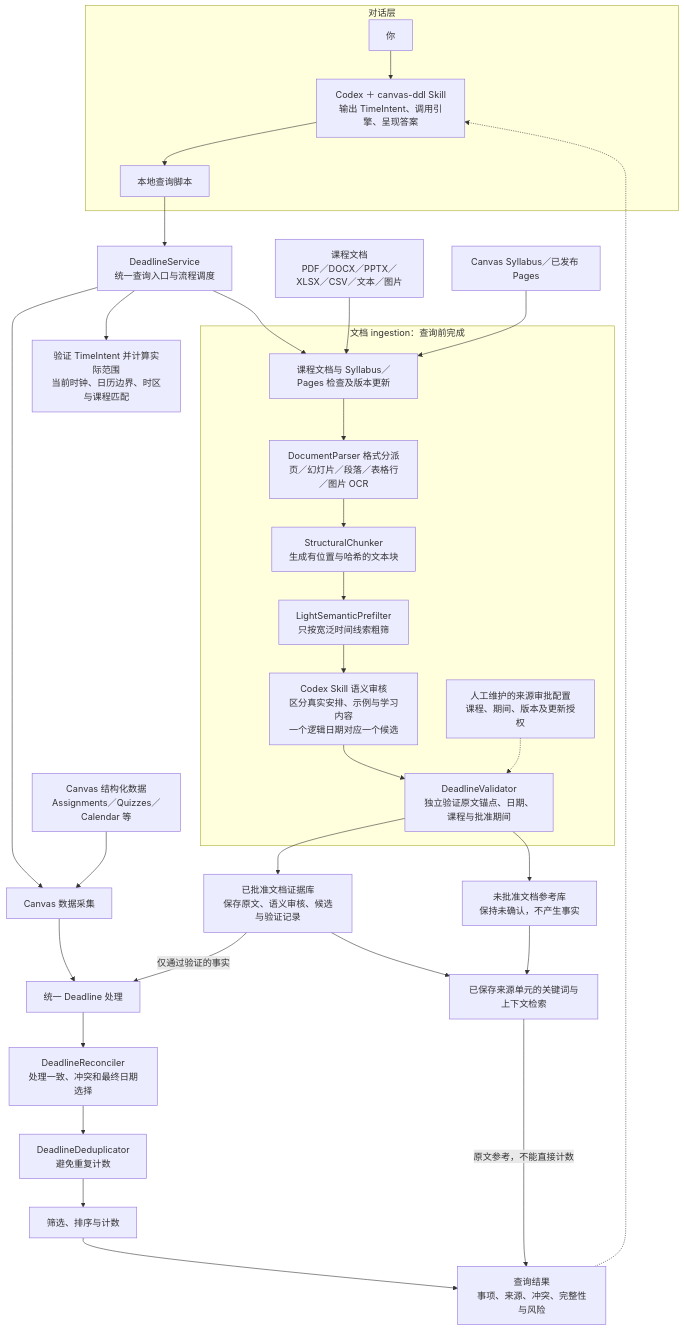
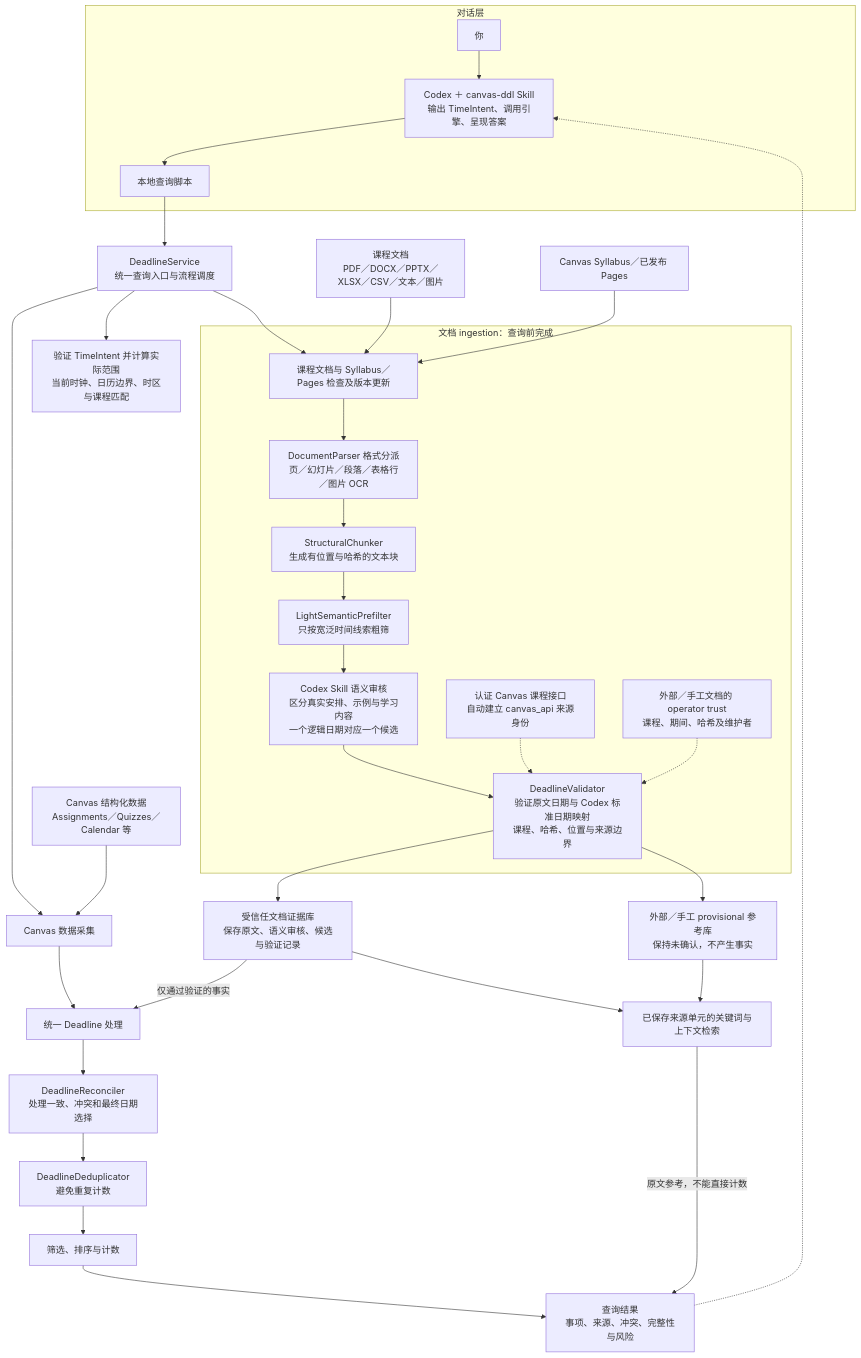
One commit to zhangleqi04-dev/canvas-ddl changed the diagram in docs/CANVAS_DDL_ARCHITECTURE_DIAGRAM.md. Above: the diagram before and after it, drawn with Mermaid. The commit also changed other lines of this file and 28 other files, not shown here.

Commit message:
Trust Canvas documents and normalize semantic dates

````diff
--- a/docs/CANVAS_DDL_ARCHITECTURE_DIAGRAM.md
+++ b/docs/CANVAS_DDL_ARCHITECTURE_DIAGRAM.md
@@ -5,41 +5,42 @@
 ```mermaid
 flowchart TB
     subgraph UI["对话层"]
         U["你"] --> S["Codex ＋ canvas-ddl Skill<br/>输出 TimeIntent、调用引擎、呈现答案"]
         S --> CLI["本地查询脚本"]
     end
 
     CLI --> DS["DeadlineService<br/>统一查询入口与流程调度"]
     DS --> R["验证 TimeIntent 并计算实际范围<br/>当前时钟、日历边界、时区与课程匹配"]
     DS --> CC["Canvas 数据采集"]
     DS --> FR["课程文档与 Syllabus／Pages 检查及版本更新"]
 
     CS["Canvas 结构化数据<br/>Assignments／Quizzes／Calendar 等"] --> CC
     CF["课程文档<br/>PDF／DOCX／PPTX／XLSX／CSV／文本／图片"] --> FR
     CH["Canvas Syllabus／已发布 Pages"] --> FR
 
     subgraph ING["文档 ingestion：查询前完成"]
         FR --> DP["DocumentParser 格式分派<br/>页／幻灯片／段落／表格行／图片 OCR"]
         DP --> CHUNK["StructuralChunker<br/>生成有位置与哈希的文本块"]
         CHUNK --> PF["LightSemanticPrefilter<br/>只按宽泛时间线索粗筛"]
         PF --> LLM["Codex Skill 语义审核<br/>区分真实安排、示例与学习内容<br/>一个逻辑日期对应一个候选"]
-        LLM --> VA["DeadlineValidator<br/>独立验证原文锚点、日期、课程与批准期间"]
-        REG["人工维护的来源审批配置<br/>课程、期间、版本及更新授权"] -.-> VA
+        LLM --> VA["DeadlineValidator<br/>验证原文日期与 Codex 标准日期映射<br/>课程、哈希、位置与来源边界"]
+        API["认证 Canvas 课程接口<br/>自动建立 canvas_api 来源身份"] -.-> VA
+        REG["外部／手工文档的 operator trust<br/>课程、期间、哈希及维护者"] -.-> VA
     end
 
-    VA --> DB["已批准文档证据库<br/>保存原文、语义审核、候选与验证记录"]
-    VA --> PB["未批准文档参考库<br/>保持未确认，不产生事实"]
+    VA --> DB["受信任文档证据库<br/>保存原文、语义审核、候选与验证记录"]
+    VA --> PB["外部／手工 provisional 参考库<br/>保持未确认，不产生事实"]
 
     CC --> FACT["统一 Deadline 处理"]
     DB -->|"仅通过验证的事实"| FACT
     FACT --> REC["DeadlineReconciler<br/>处理一致、冲突和最终日期选择"]
     REC --> DED["DeadlineDeduplicator<br/>避免重复计数"]
     DED --> COUNT["筛选、排序与计数"]
 
     DB --> SEARCH["已保存来源单元的关键词与上下文检索"]
     PB --> SEARCH
 
     COUNT --> OUT["查询结果<br/>事项、来源、冲突、完整性与风险"]
     SEARCH -->|"原文参考，不能直接计数"| OUT
     OUT -.-> S
 ```
````
